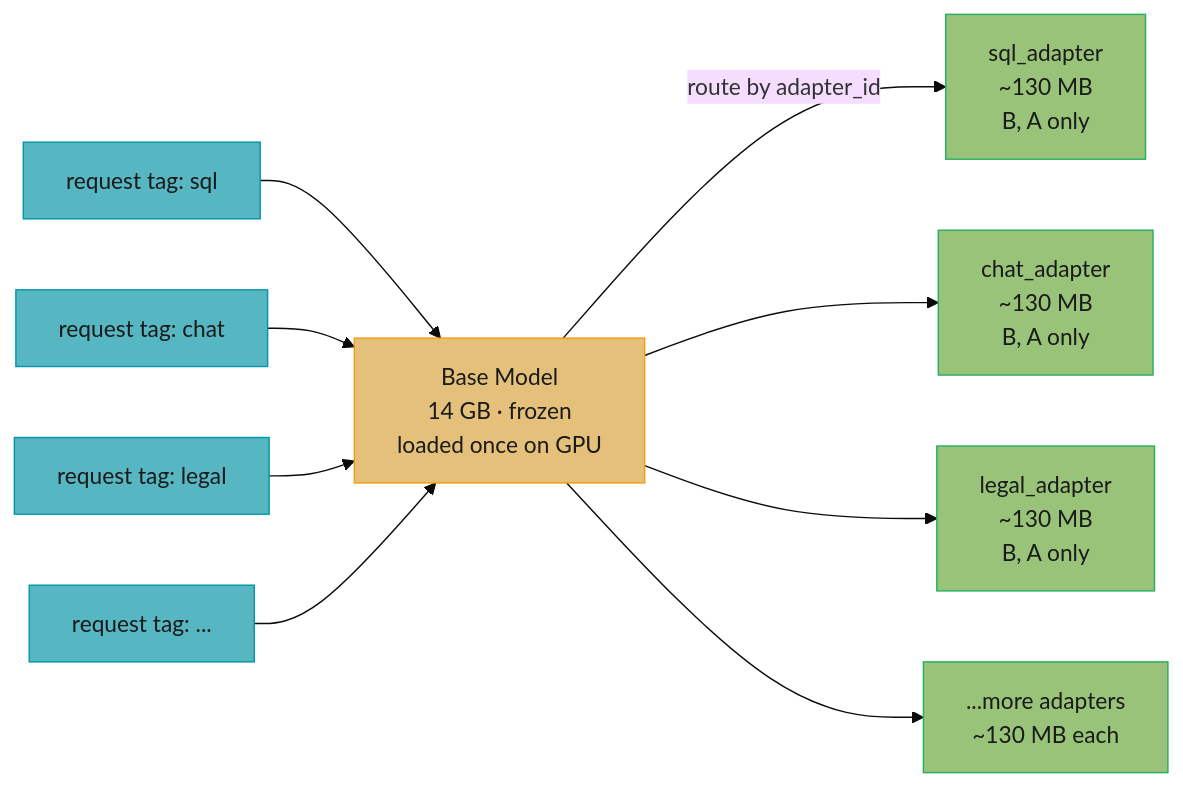
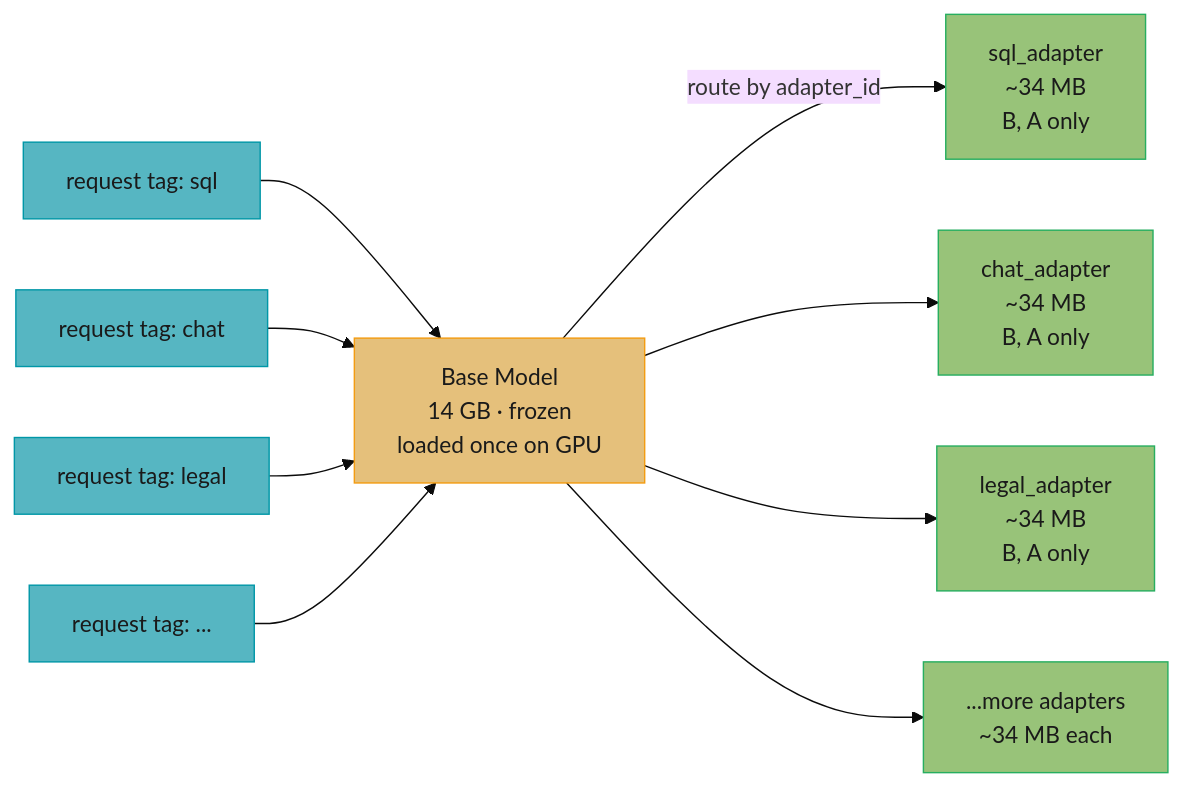
Before and after one commit to rppol/system-design: the third of 4 diagrams in src/main/java/com/rutik/systemdesign/llm/fine_tuning/lora.md, drawn with Mermaid (base theme). The commit also changed other lines of this file and 113 other files, not shown here.

````diff
--- a/src/main/java/com/rutik/systemdesign/llm/fine_tuning/lora.md
+++ b/src/main/java/com/rutik/systemdesign/llm/fine_tuning/lora.md
@@ -494,33 +504,33 @@
 ```mermaid
 %%{init: {'flowchart': {'curve': 'basis', 'nodeSpacing': 50, 'rankSpacing': 60}}}%%
 flowchart LR
     classDef io      fill:#61afef,stroke:#2e86c1,color:#1a1a1a,font-weight:bold
     classDef frozen  fill:#c678dd,stroke:#9b59b6,color:#fff
     classDef train   fill:#98c379,stroke:#27ae60,color:#1a1a1a
     classDef mathOp  fill:#d19a66,stroke:#e67e22,color:#1a1a1a,font-weight:bold
     classDef lossN   fill:#e06c75,stroke:#c0392b,color:#fff,font-weight:bold
     classDef req     fill:#56b6c2,stroke:#0097a7,color:#1a1a1a
     classDef base    fill:#e5c07b,stroke:#f39c12,color:#1a1a1a
 
     r1["request  tag: sql"]
     r2["request  tag: chat"]
     r3["request  tag: legal"]
     r4["request  tag: ..."]
     base["Base Model\n14 GB · frozen\nloaded once on GPU"]
-    a1["sql_adapter\n~130 MB\nB, A only"]
-    a2["chat_adapter\n~130 MB\nB, A only"]
-    a3["legal_adapter\n~130 MB\nB, A only"]
-    a4["...more adapters\n~130 MB each"]
+    a1["sql_adapter\n~34 MB\nB, A only"]
+    a2["chat_adapter\n~34 MB\nB, A only"]
+    a3["legal_adapter\n~34 MB\nB, A only"]
+    a4["...more adapters\n~34 MB each"]
     r1 --> base
     r2 --> base
     r3 --> base
     r4 --> base
     base -->|"route by adapter_id"| a1
     base --> a2
     base --> a3
     base --> a4
 
     class r1,r2,r3,r4 req
     class base base
     class a1,a2,a3,a4 train
 ```
````
